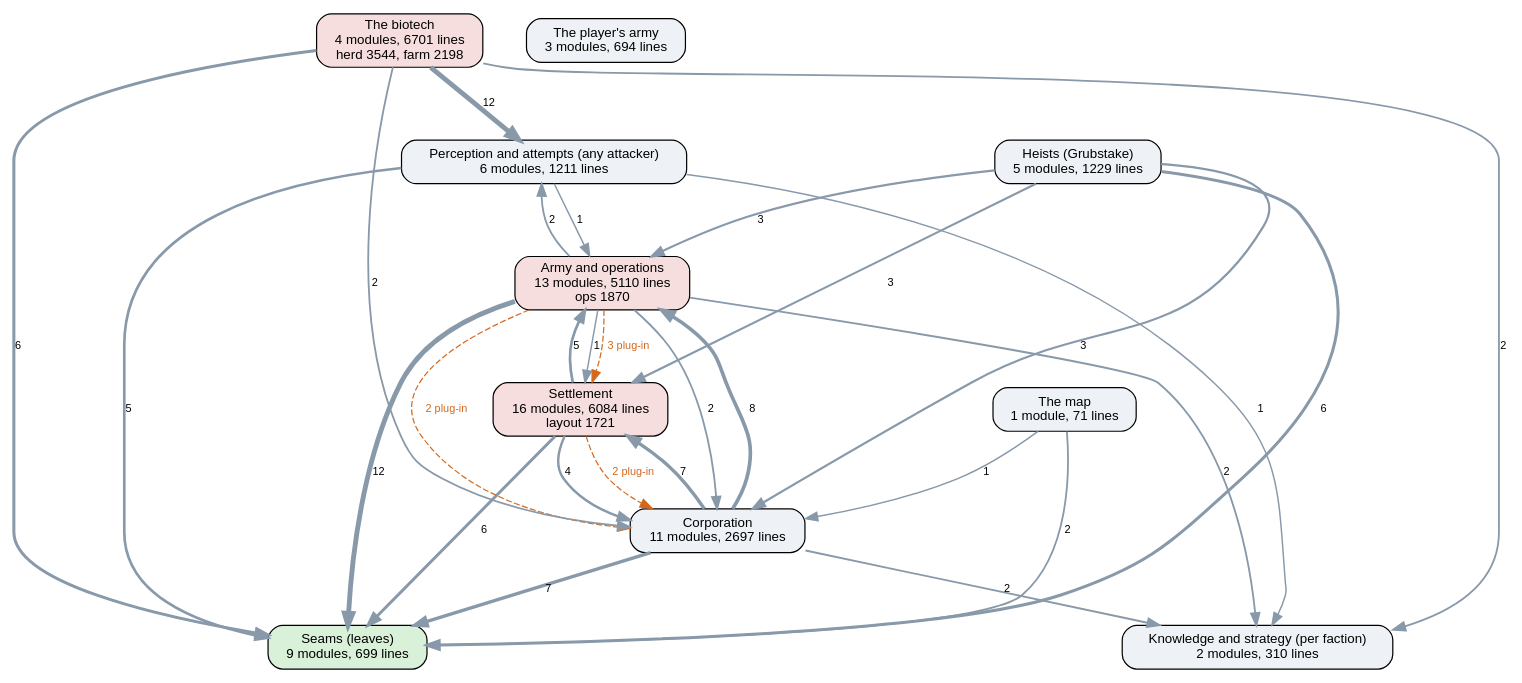
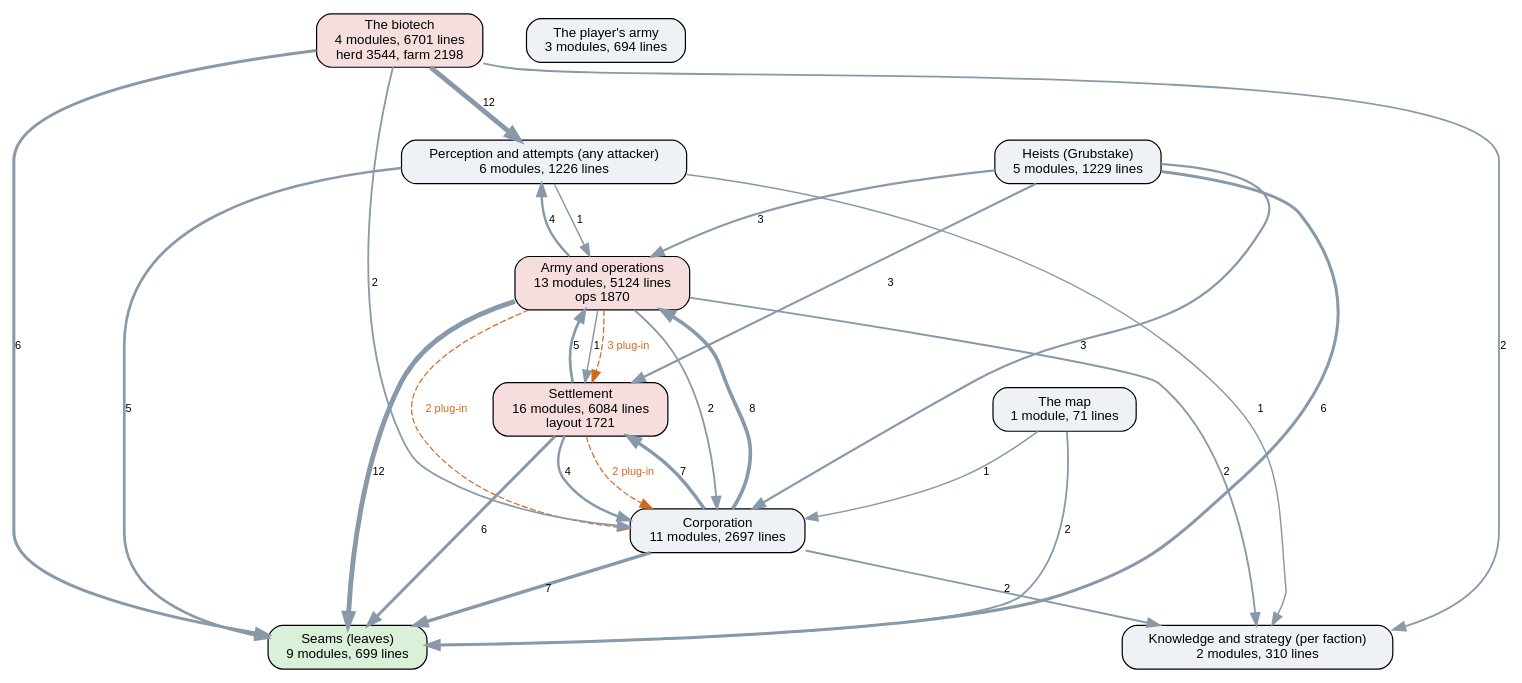
Before and after one commit to kinelhu/landing-party: the diagram in docs/ai-layers.dot, drawn with Graphviz. The commit also changed 11 other files, not shown here.

```diff
--- a/docs/ai-layers.dot
+++ b/docs/ai-layers.dot
@@ -1,43 +1,43 @@
 digraph layers {
   graph [rankdir=TB, fontname="Helvetica", nodesep=0.5, ranksep=0.7];
   node [shape=box, style="rounded,filled", fontname="Helvetica", fontsize=11, fillcolor="#eef2f7"];
   edge [color="#8899aa", fontname="Helvetica", fontsize=9];
   "Seams (leaves)" [label="Seams (leaves)\n9 modules, 699 lines", fillcolor="#d9f0d9"];
-  "Perception and attempts (any attacker)" [label="Perception and attempts (any attacker)\n6 modules, 1211 lines", fillcolor="#eef2f7"];
+  "Perception and attempts (any attacker)" [label="Perception and attempts (any attacker)\n6 modules, 1226 lines", fillcolor="#eef2f7"];
   "Knowledge and strategy (per faction)" [label="Knowledge and strategy (per faction)\n2 modules, 310 lines", fillcolor="#eef2f7"];
   "Corporation" [label="Corporation\n11 modules, 2697 lines", fillcolor="#eef2f7"];
   "Settlement" [label="Settlement\n16 modules, 6084 lines\nlayout 1721", fillcolor="#f7dede"];
-  "Army and operations" [label="Army and operations\n13 modules, 5110 lines\nops 1870", fillcolor="#f7dede"];
+  "Army and operations" [label="Army and operations\n13 modules, 5124 lines\nops 1870", fillcolor="#f7dede"];
   "Heists (Grubstake)" [label="Heists (Grubstake)\n5 modules, 1229 lines", fillcolor="#eef2f7"];
   "The biotech" [label="The biotech\n4 modules, 6701 lines\nherd 3544, farm 2198", fillcolor="#f7dede"];
   "The map" [label="The map\n1 module, 71 lines", fillcolor="#eef2f7"];
   "The player's army" [label="The player's army\n3 modules, 694 lines", fillcolor="#eef2f7"];
   "Army and operations" -> "Corporation" [label="2", penwidth=1.5];
   "Army and operations" -> "Knowledge and strategy (per faction)" [label="2", penwidth=1.5];
-  "Army and operations" -> "Perception and attempts (any attacker)" [label="2", penwidth=1.5];
+  "Army and operations" -> "Perception and attempts (any attacker)" [label="4", penwidth=2.0];
   "Army and operations" -> "Seams (leaves)" [label="12", penwidth=4.0];
   "Army and operations" -> "Settlement" [label="1", penwidth=1.2];
   "Corporation" -> "Army and operations" [label="8", penwidth=3.0];
   "Corporation" -> "Knowledge and strategy (per faction)" [label="2", penwidth=1.5];
   "Corporation" -> "Seams (leaves)" [label="7", penwidth=2.8];
   "Corporation" -> "Settlement" [label="7", penwidth=2.8];
   "Heists (Grubstake)" -> "Army and operations" [label="3", penwidth=1.8];
   "Heists (Grubstake)" -> "Corporation" [label="3", penwidth=1.8];
   "Heists (Grubstake)" -> "Seams (leaves)" [label="6", penwidth=2.5];
   "Heists (Grubstake)" -> "Settlement" [label="3", penwidth=1.8];
   "Perception and attempts (any attacker)" -> "Army and operations" [label="1", penwidth=1.2];
   "Perception and attempts (any attacker)" -> "Knowledge and strategy (per faction)" [label="1", penwidth=1.2];
   "Perception and attempts (any attacker)" -> "Seams (leaves)" [label="5", penwidth=2.2];
   "Settlement" -> "Army and operations" [label="5", penwidth=2.2];
   "Settlement" -> "Corporation" [label="4", penwidth=2.0];
   "Settlement" -> "Seams (leaves)" [label="6", penwidth=2.5];
   "The biotech" -> "Corporation" [label="2", penwidth=1.5];
   "The biotech" -> "Knowledge and strategy (per faction)" [label="2", penwidth=1.5];
   "The biotech" -> "Perception and attempts (any attacker)" [label="12", penwidth=4.0];
   "The biotech" -> "Seams (leaves)" [label="6", penwidth=2.5];
   "The map" -> "Corporation" [label="1", penwidth=1.2];
   "The map" -> "Seams (leaves)" [label="2", penwidth=1.5];
   "Army and operations" -> "Corporation" [style=dashed, color="#d2691e", fontcolor="#d2691e", label="2 plug-in"];
   "Army and operations" -> "Settlement" [style=dashed, color="#d2691e", fontcolor="#d2691e", label="3 plug-in"];
   "Settlement" -> "Corporation" [style=dashed, color="#d2691e", fontcolor="#d2691e", label="2 plug-in"];
 }
```
